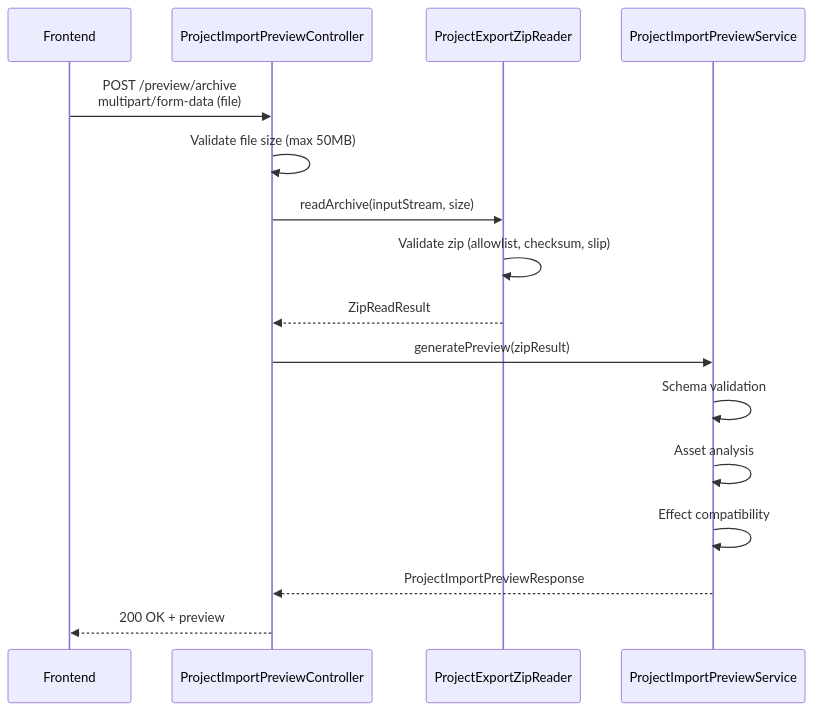
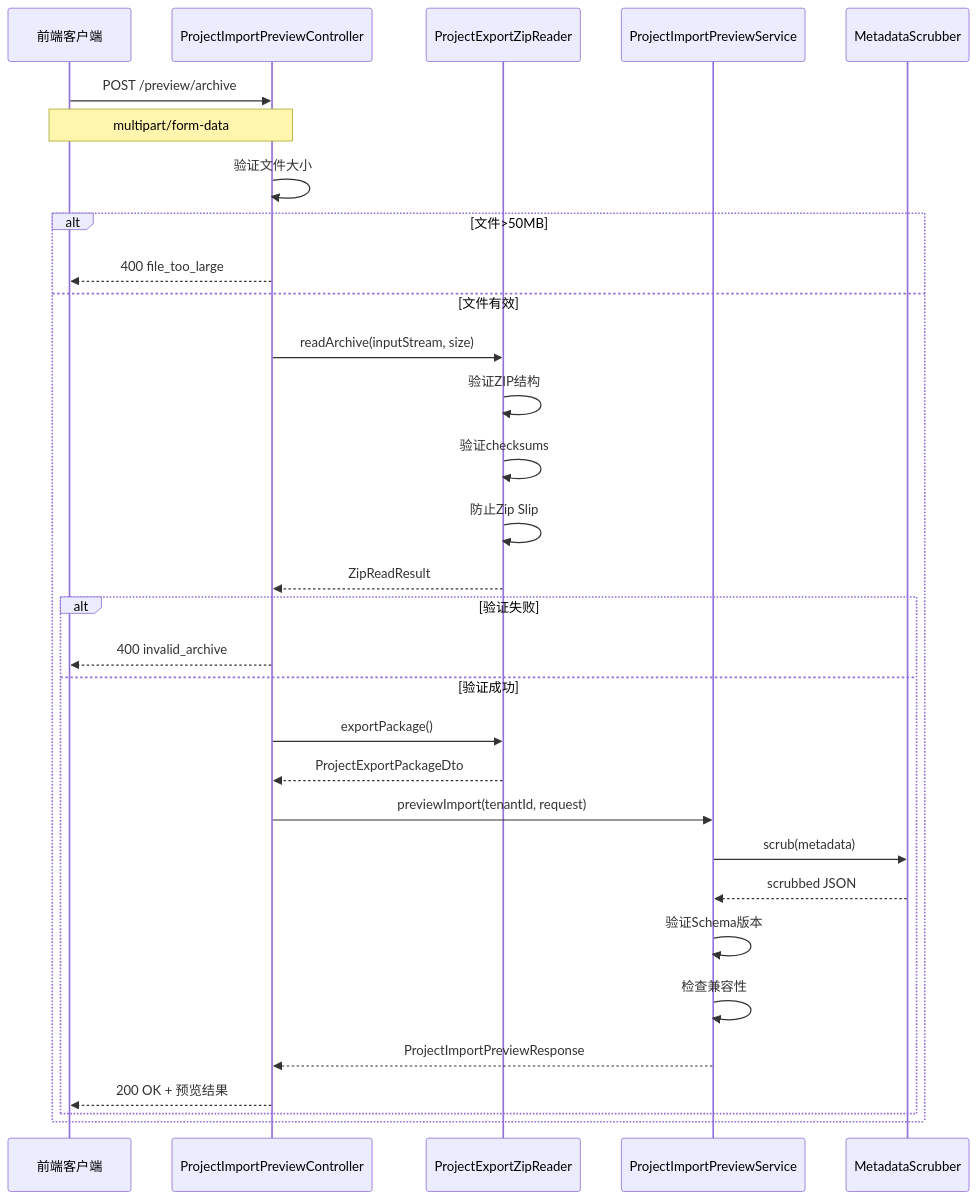
Before and after one commit to shangxq007/media-platform: the fifth of 8 diagrams in docs/architecture/p4-import-export-architecture.md, drawn with Mermaid. The commit also changed other lines of this file and 6 other files, not shown here.

First line of the commit message:
docs: restructure P4 Import/Export Pipeline documentation

````diff
--- a/docs/architecture/p4-import-export-architecture.md
+++ b/docs/architecture/p4-import-export-architecture.md
@@ -240,19 +310,39 @@
 ```mermaid
 sequenceDiagram
-    participant FE as Frontend
+    participant Client as 前端客户端
     participant Ctrl as ProjectImportPreviewController
     participant Reader as ProjectExportZipReader
     participant Svc as ProjectImportPreviewService
+    participant Scrub as MetadataScrubber
 
-    FE->>Ctrl: POST /preview/archive<br/>multipart/form-data (file)
-    Ctrl->>Ctrl: Validate file size (max 50MB)
-    Ctrl->>Reader: readArchive(inputStream, size)
-    Reader->>Reader: Validate zip (allowlist, checksum, slip)
-    Reader-->>Ctrl: ZipReadResult
-    Ctrl->>Svc: generatePreview(zipResult)
-    Svc->>Svc: Schema validation
-    Svc->>Svc: Asset analysis
-    Svc->>Svc: Effect compatibility
-    Svc-->>Ctrl: ProjectImportPreviewResponse
-    Ctrl-->>FE: 200 OK + preview
+    Client->>Ctrl: POST /preview/archive
+    Note over Client,Ctrl: multipart/form-data
+
+    Ctrl->>Ctrl: 验证文件大小
+    alt 文件>50MB
+        Ctrl-->>Client: 400 file_too_large
+    else 文件有效
+        Ctrl->>Reader: readArchive(inputStream, size)
+        Reader->>Reader: 验证ZIP结构
+        Reader->>Reader: 验证checksums
+        Reader->>Reader: 防止Zip Slip
+        Reader-->>Ctrl: ZipReadResult
+
+        alt 验证失败
+            Ctrl-->>Client: 400 invalid_archive
+        else 验证成功
+            Ctrl->>Reader: exportPackage()
+            Reader-->>Ctrl: ProjectExportPackageDto
+
+            Ctrl->>Svc: previewImport(tenantId, request)
+            Svc->>Scrub: scrub(metadata)
+            Scrub-->>Svc: scrubbed JSON
+
+            Svc->>Svc: 验证Schema版本
+            Svc->>Svc: 检查兼容性
+            Svc-->>Ctrl: ProjectImportPreviewResponse
+
+            Ctrl-->>Client: 200 OK + 预览结果
+        end
+    end
 ```
````
